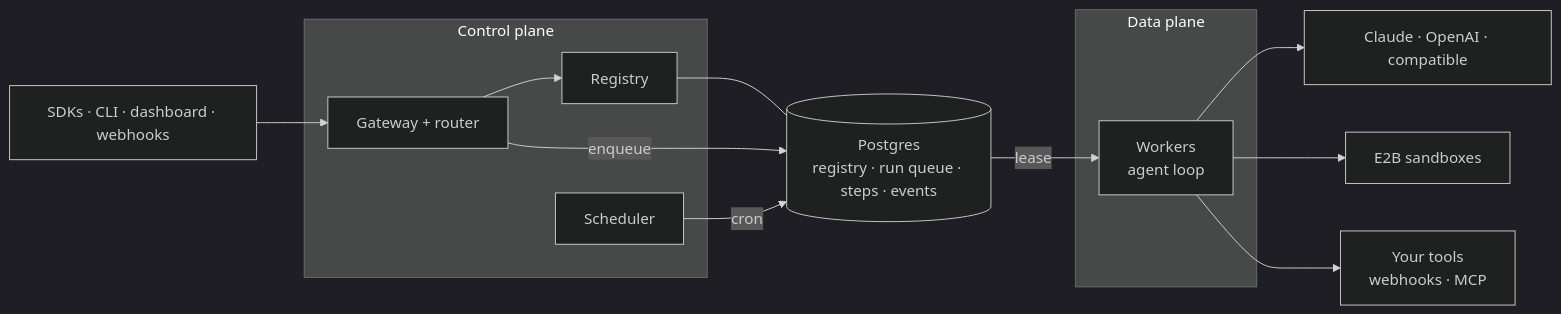
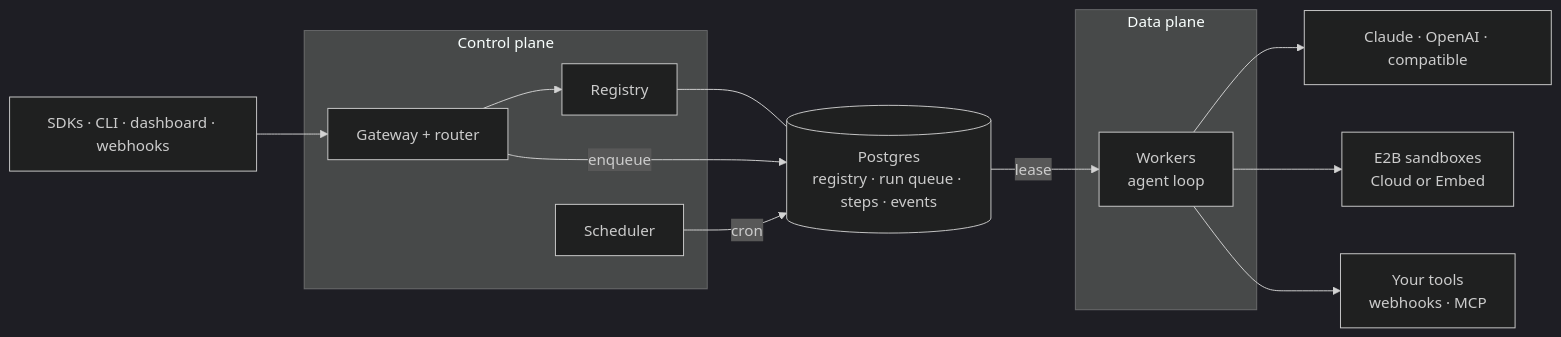
Before and after one commit to khushwant04/managed-agents: the diagram in README.md, drawn with Mermaid (dark theme). The commit also changed other lines of this file and 25 other files, not shown here.

````diff
--- a/README.md
+++ b/README.md
@@ -21,19 +35,19 @@
 ```mermaid
 flowchart LR
     client["SDKs · CLI · dashboard · webhooks"] --> gateway
     subgraph control["Control plane"]
         gateway["Gateway + router"] --> registry["Registry"]
         scheduler["Scheduler"]
     end
     pg[("Postgres<br/>registry · run queue · steps · events")]
     registry --- pg
     gateway -- enqueue --> pg
     scheduler -- cron --> pg
     subgraph data["Data plane"]
         worker["Workers<br/>agent loop"]
     end
     pg -- lease --> worker
     worker --> models["Claude · OpenAI · compatible"]
-    worker --> e2b["E2B sandboxes"]
+    worker --> e2b["E2B sandboxes<br/>Cloud or Embed"]
     worker --> tools["Your tools<br/>webhooks · MCP"]
 ```
````
